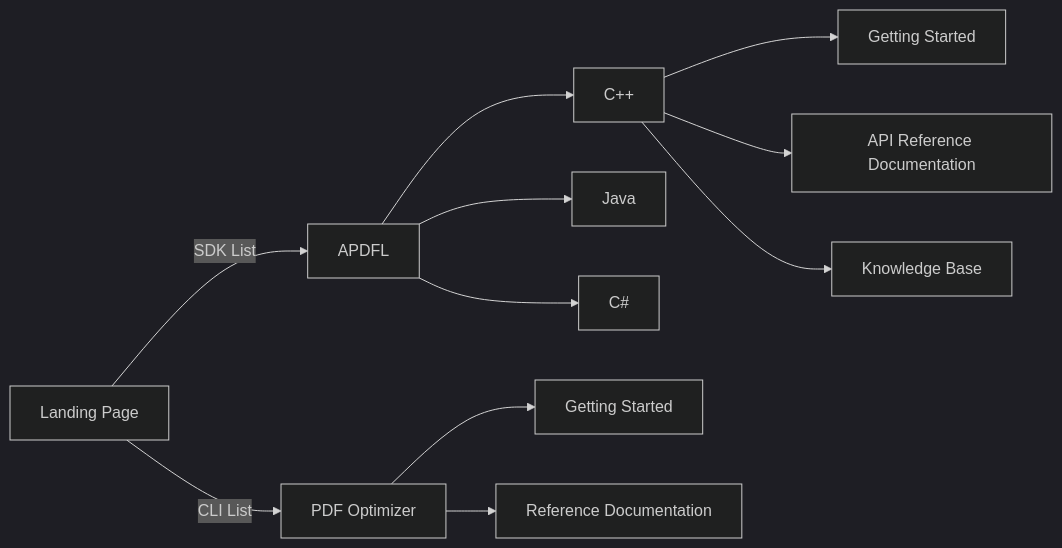
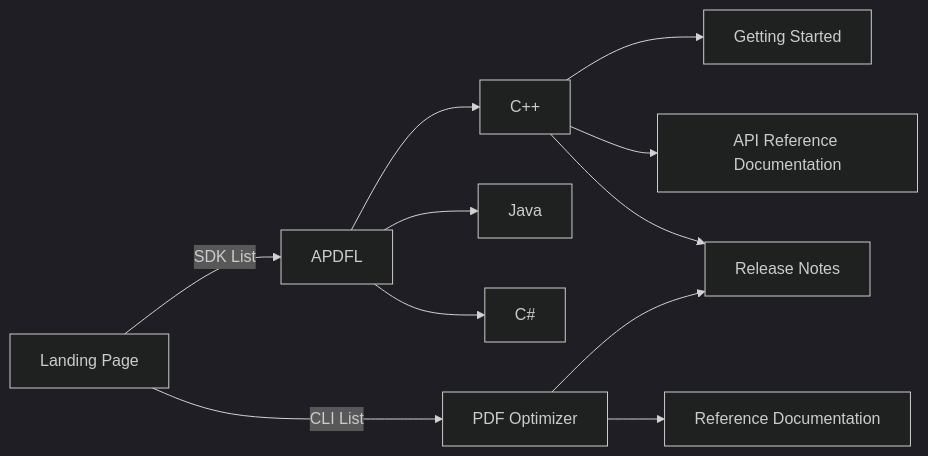
The diagram in README.md (datalogics/datalogics.github.io), drawn with Mermaid (dark theme) before and after one commit. The commit also changed other lines of this file, not shown here.

````diff
--- a/README.md
+++ b/README.md
@@ -7,13 +5,13 @@
 ```mermaid
 graph LR
 A[Landing Page] -- SDK List --> B[APDFL]
 A -- CLI List --> C[PDF Optimizer]
 B --> D[C++]
 B --> E[Java]
 B --> F[C#]
-C --> G[Getting Started]
+C --> K[Getting Started]
 C --> H[Reference Documentation]
 D --> I[Getting Started]
 D --> J[API Reference Documentation]
-D --> K[Knowledge Base]
+D --> K[Release Notes]
 ```
````
